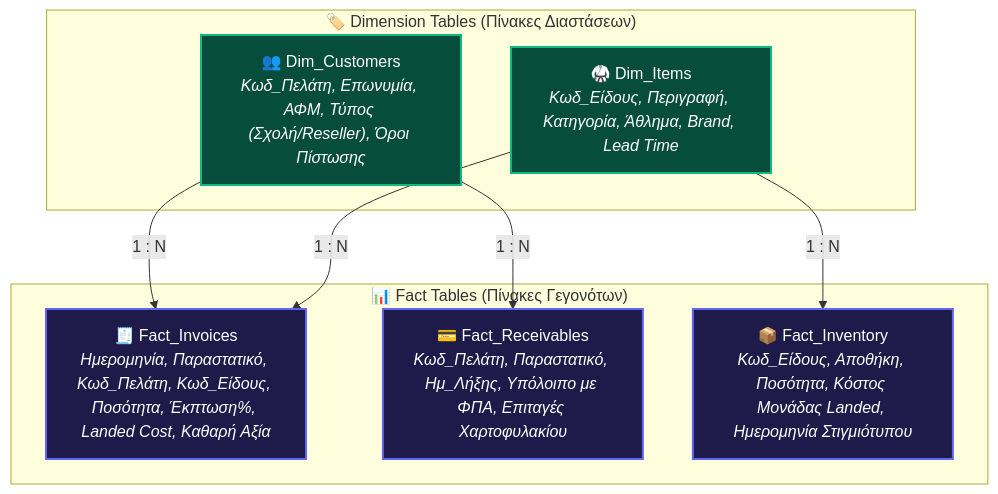
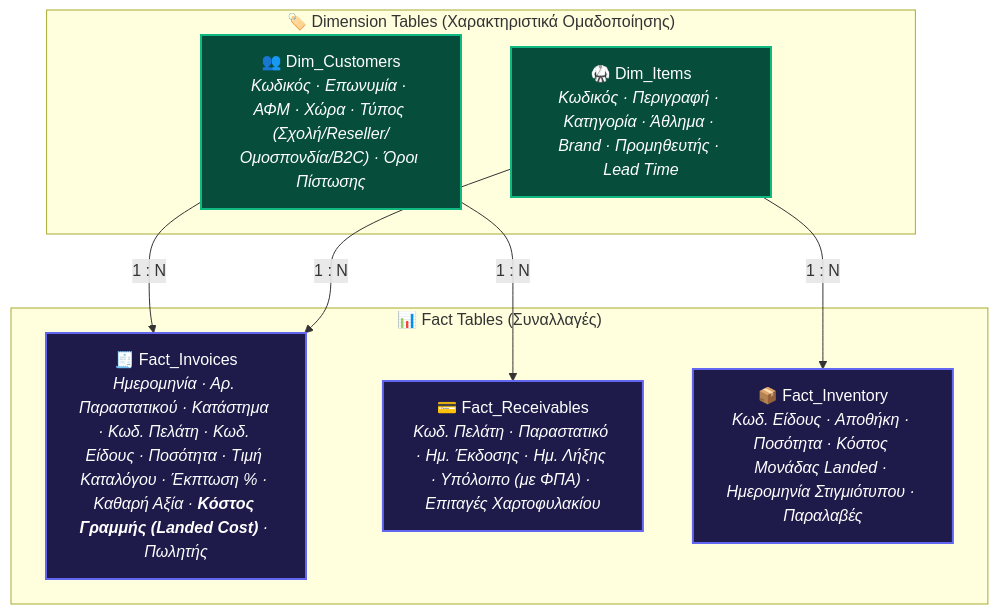
One commit to karidasd/erp-kpi-hub changed the first of 2 diagrams in README.md. Above: the diagram before and after it, drawn with Mermaid. The commit also changed other lines of this file, not shown here.

````diff
--- a/README.md
+++ b/README.md
@@ -27,23 +59,23 @@
 ```mermaid
 flowchart TD
-    subgraph Fact_Tables["📊 Fact Tables (Πίνακες Γεγονότων)"]
-        F1["🧾 Fact_Invoices<br/><i>Ημερομηνία, Παραστατικό, Κωδ_Πελάτη, Κωδ_Είδους, Ποσότητα, Έκπτωση%, Landed Cost, Καθαρή Αξία</i>"]
-        F2["💳 Fact_Receivables<br/><i>Κωδ_Πελάτη, Παραστατικό, Ημ_Λήξης, Υπόλοιπο με ΦΠΑ, Επιταγές Χαρτοφυλακίου</i>"]
-        F3["📦 Fact_Inventory<br/><i>Κωδ_Είδους, Αποθήκη, Ποσότητα, Κόστος Μονάδας Landed, Ημερομηνία Στιγμιότυπου</i>"]
+    subgraph Fact_Tables["📊 Fact Tables (Συναλλαγές)"]
+        F1["🧾 Fact_Invoices<br/><i>Ημερομηνία · Αρ. Παραστατικού · Κατάστημα · Κωδ. Πελάτη · Κωδ. Είδους · Ποσότητα · Τιμή Καταλόγου · Έκπτωση % · Καθαρή Αξία · <b>Κόστος Γραμμής (Landed Cost)</b> · Πωλητής</i>"]
+        F2["💳 Fact_Receivables<br/><i>Κωδ. Πελάτη · Παραστατικό · Ημ. Έκδοσης · Ημ. Λήξης · Υπόλοιπο (με ΦΠΑ) · Επιταγές Χαρτοφυλακίου</i>"]
+        F3["📦 Fact_Inventory<br/><i>Κωδ. Είδους · Αποθήκη · Ποσότητα · Κόστος Μονάδας Landed · Ημερομηνία Στιγμιότυπου · Παραλαβές</i>"]
     end
 
-    subgraph Dim_Tables["🏷️ Dimension Tables (Πίνακες Διαστάσεων)"]
-        D1["👥 Dim_Customers<br/><i>Κωδ_Πελάτη, Επωνυμία, ΑΦΜ, Τύπος (Σχολή/Reseller), Όροι Πίστωσης</i>"]
-        D2["🥋 Dim_Items<br/><i>Κωδ_Είδους, Περιγραφή, Κατηγορία, Άθλημα, Brand, Lead Time</i>"]
+    subgraph Dim_Tables["🏷️ Dimension Tables (Χαρακτηριστικά Ομαδοποίησης)"]
+        D1["👥 Dim_Customers<br/><i>Κωδικός · Επωνυμία · ΑΦΜ · Χώρα · Τύπος (Σχολή/Reseller/Ομοσπονδία/B2C) · Όροι Πίστωσης</i>"]
+        D2["🥋 Dim_Items<br/><i>Κωδικός · Περιγραφή · Κατηγορία · Άθλημα · Brand · Προμηθευτής · Lead Time</i>"]
     end
 
     D1 -->|1 : N| F1
     D1 -->|1 : N| F2
     D2 -->|1 : N| F1
     D2 -->|1 : N| F3
 
     classDef fact fill:#1e1b4b,stroke:#6366f1,stroke-width:2px,color:#fff;
     classDef dim fill:#064e3b,stroke:#10b981,stroke-width:2px,color:#fff;
     class F1,F2,F3 fact;
     class D1,D2 dim;
 ```
````
